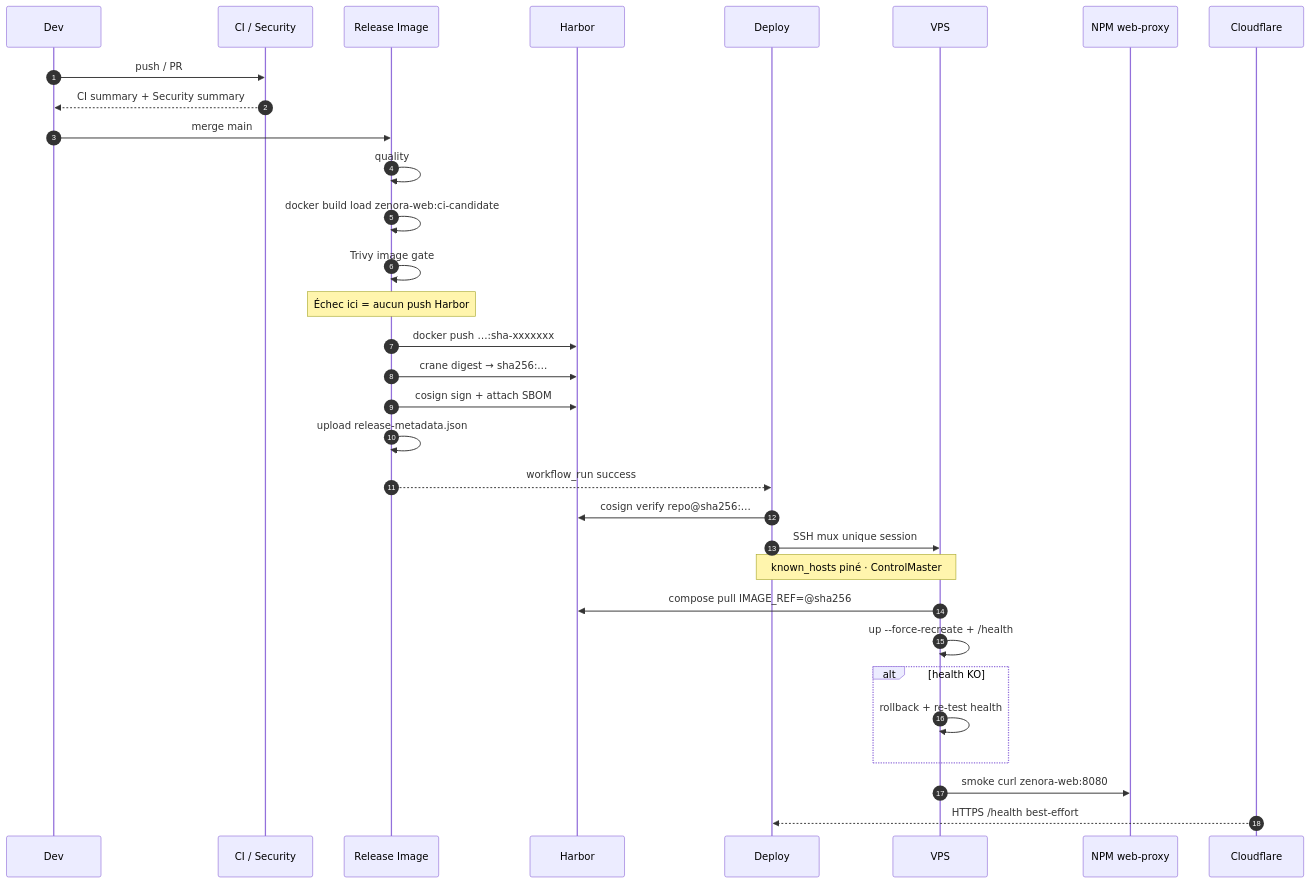
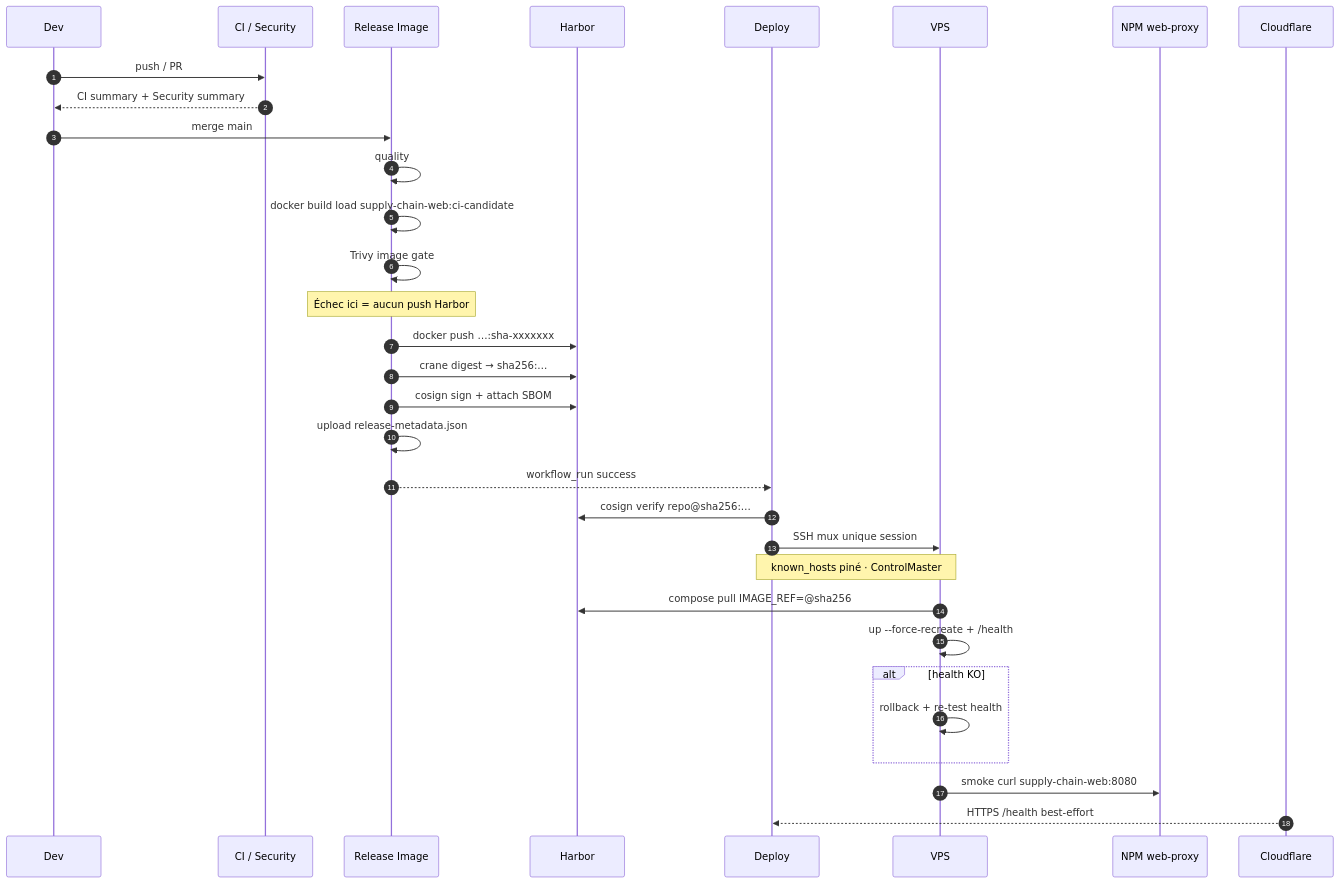
One commit to barthez-kenwou/supply-chain-pipeline changed the second of 4 diagrams in .github/README.md. Above: the diagram before and after it, drawn with Mermaid. The commit also changed other lines of this file and 25 other files, not shown here.

Commit message:
Initial supply-chain demo kit (static app + OCI pipeline).

````diff
--- a/.github/README.md
+++ b/.github/README.md
@@ -119,37 +119,37 @@
 ```mermaid
 sequenceDiagram
   autonumber
   participant Dev as Dev
   participant CI as CI / Security
   participant Rel as Release Image
   participant Har as Harbor
   participant Dep as Deploy
   participant VPS as VPS
   participant Proxy as NPM web-proxy
   participant Edge as Cloudflare
 
   Dev->>CI: push / PR
   CI-->>Dev: CI summary + Security summary
 
   Dev->>Rel: merge main
   Rel->>Rel: quality
-  Rel->>Rel: docker build load zenora-web:ci-candidate
+  Rel->>Rel: docker build load supply-chain-web:ci-candidate
   Rel->>Rel: Trivy image gate
   Note over Rel: Échec ici = aucun push Harbor
   Rel->>Har: docker push …:sha-xxxxxxx
   Rel->>Har: crane digest → sha256:…
   Rel->>Har: cosign sign + attach SBOM
   Rel->>Rel: upload release-metadata.json
 
   Rel-->>Dep: workflow_run success
   Dep->>Har: cosign verify repo@sha256:…
   Dep->>VPS: SSH mux unique session
   Note over Dep,VPS: known_hosts piné · ControlMaster
   VPS->>Har: compose pull IMAGE_REF=@sha256
   VPS->>VPS: up --force-recreate + /health
   alt health KO
     VPS->>VPS: rollback + re-test health
   end
-  VPS->>Proxy: smoke curl zenora-web:8080
+  VPS->>Proxy: smoke curl supply-chain-web:8080
   Edge-->>Dep: HTTPS /health best-effort
 ```
````
